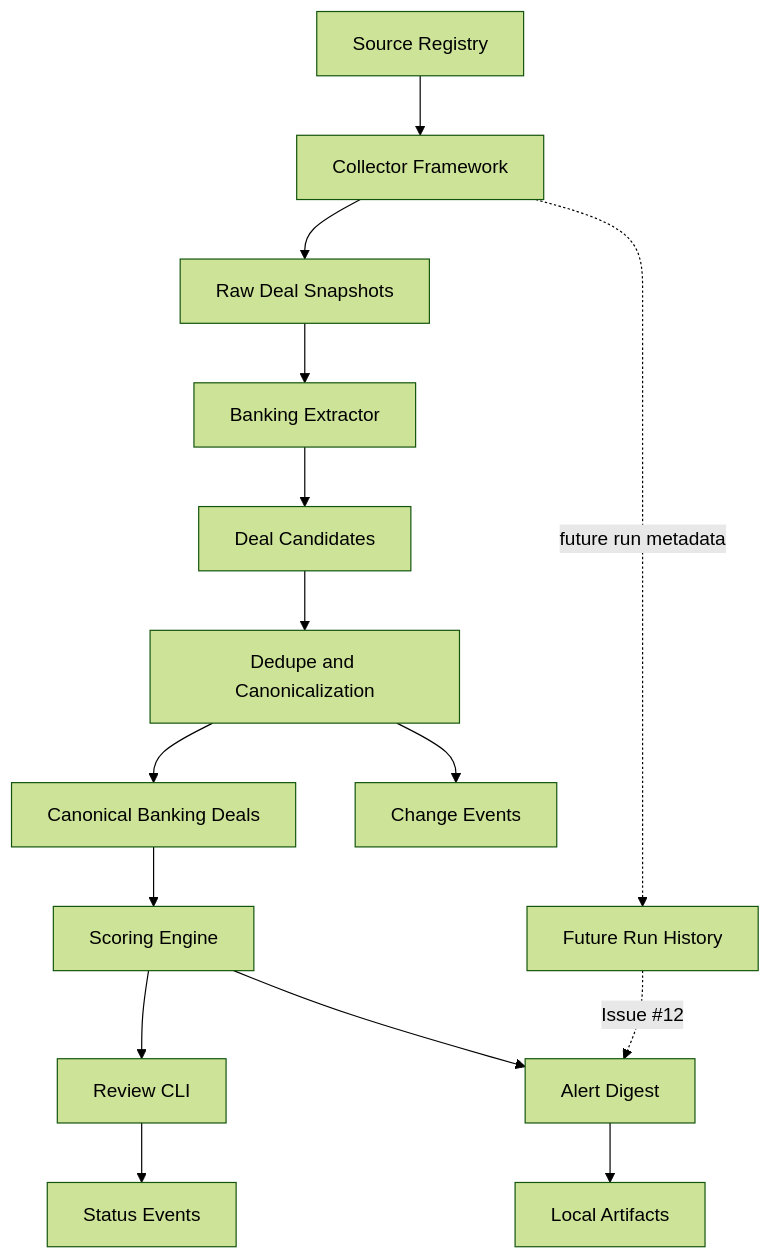
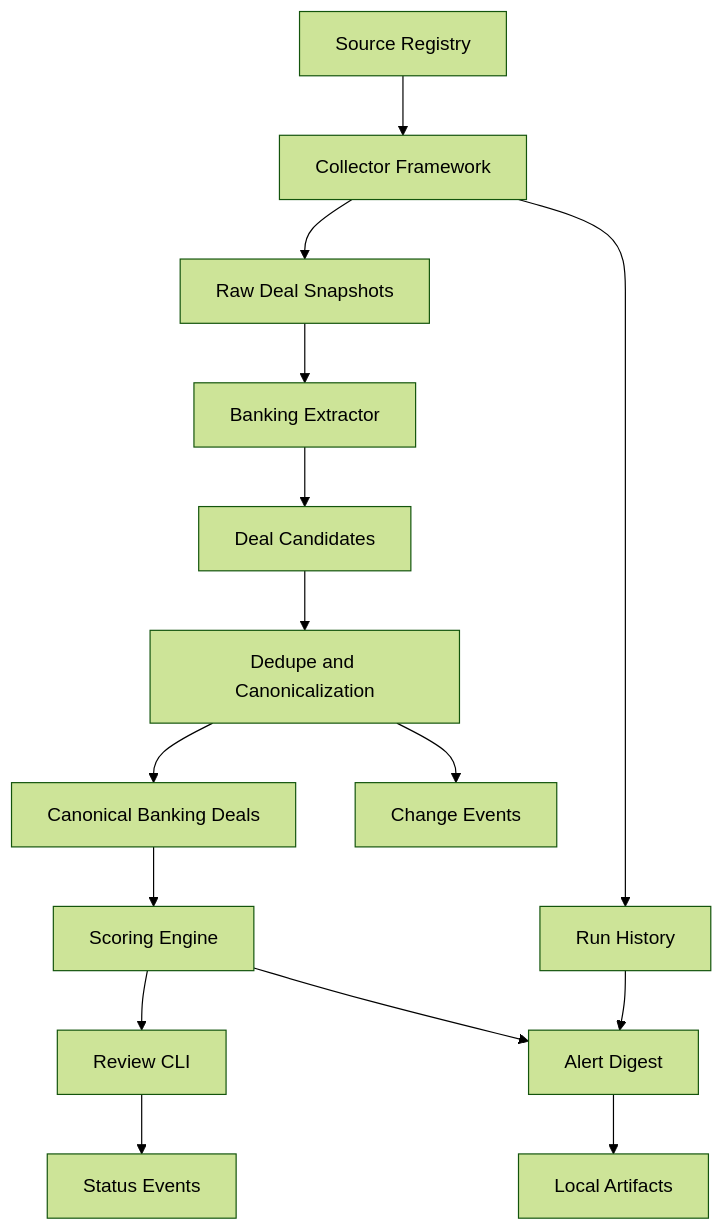
The diagram in docs/architecture/banking-mvp.md (amanm02/PersonalDealIntelligence), drawn with Mermaid (forest theme) before and after one commit. The commit also changed other lines of this file and 9 other files, not shown here.

````diff
--- a/docs/architecture/banking-mvp.md
+++ b/docs/architecture/banking-mvp.md
@@ -37,17 +40,17 @@
 ```mermaid
 flowchart TD
   A[Source Registry] --> B[Collector Framework]
   B --> C[Raw Deal Snapshots]
   C --> D[Banking Extractor]
   D --> E[Deal Candidates]
   E --> F[Dedupe and Canonicalization]
   F --> G[Canonical Banking Deals]
   G --> H[Scoring Engine]
   H --> I[Review CLI]
   H --> J[Alert Digest]
   F --> K[Change Events]
   I --> L[Status Events]
   J --> M[Local Artifacts]
-  N[Future Run History] -. Issue #12 .-> J
-  B -. future run metadata .-> N
+  N[Run History] --> J
+  B --> N
 ```
````
